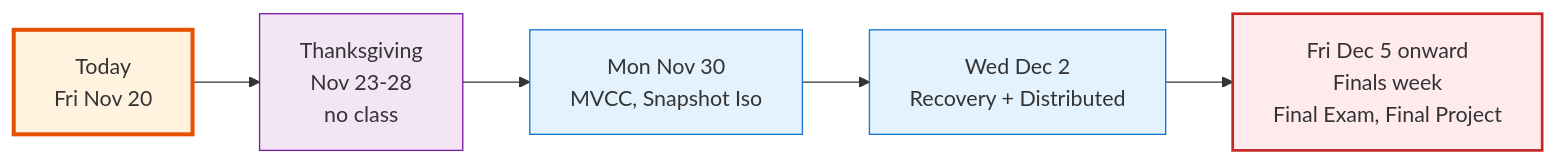
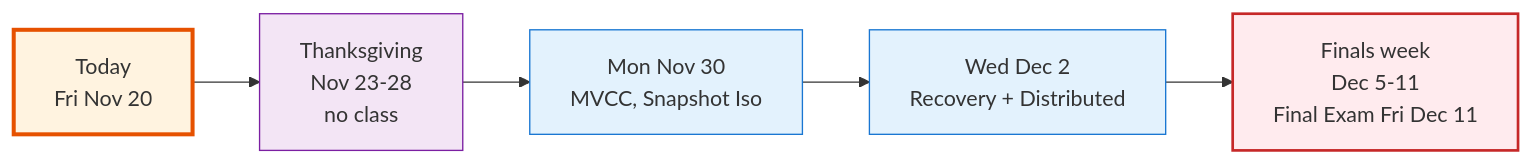
The eighth of 8 diagrams in lecture-outlines/day37-two-phase-locking/slides.md (ufdatastudio/cop5725fa26), drawn with Mermaid before and after one commit. The commit also changed other lines of this file and 50 other files, not shown here.

````diff
--- a/lecture-outlines/day37-two-phase-locking/slides.md
+++ b/lecture-outlines/day37-two-phase-locking/slides.md
@@ -498,15 +513,15 @@
 ```mermaid
 graph LR
   Today["Today<br/>Fri Nov 20"] --> T["Thanksgiving<br/>Nov 23-28<br/>no class"]
   T --> M["Mon Nov 30<br/>MVCC, Snapshot Iso"]
   M --> W["Wed Dec 2<br/>Recovery + Distributed"]
-  W --> F["Fri Dec 5 onward<br/>Finals week<br/>Final Exam, Final Project"]
+  W --> F["Finals week<br/>Dec 5-11<br/>Final Exam Fri Dec 11"]
   classDef now fill:#fff3e0,stroke:#e65100,stroke-width:3px
   classDef holiday fill:#f3e5f5,stroke:#7b1fa2
   classDef next fill:#e3f2fd,stroke:#1976d2
   classDef milestone fill:#ffebee,stroke:#c62828,stroke-width:2px
   class Today now
   class T holiday
   class M,W next
   class F milestone
 ```
````
